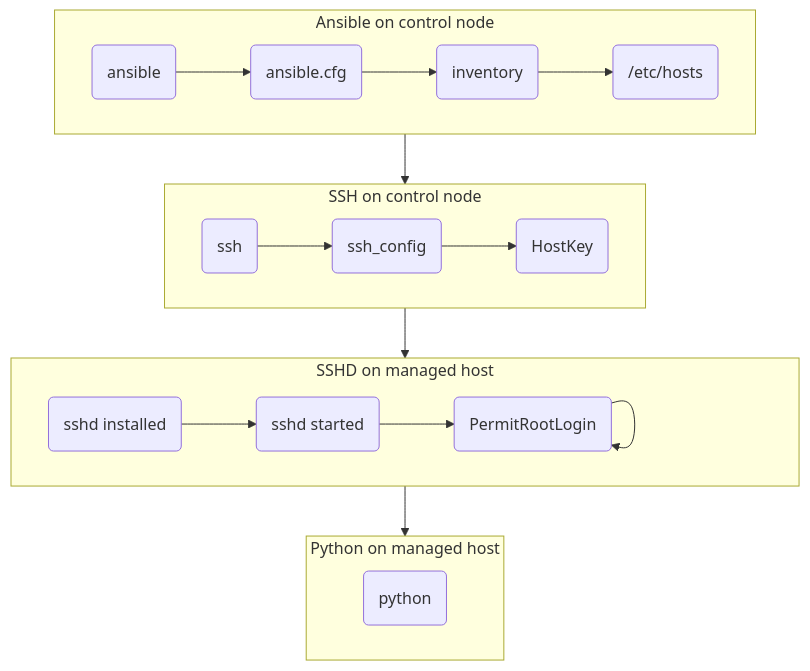
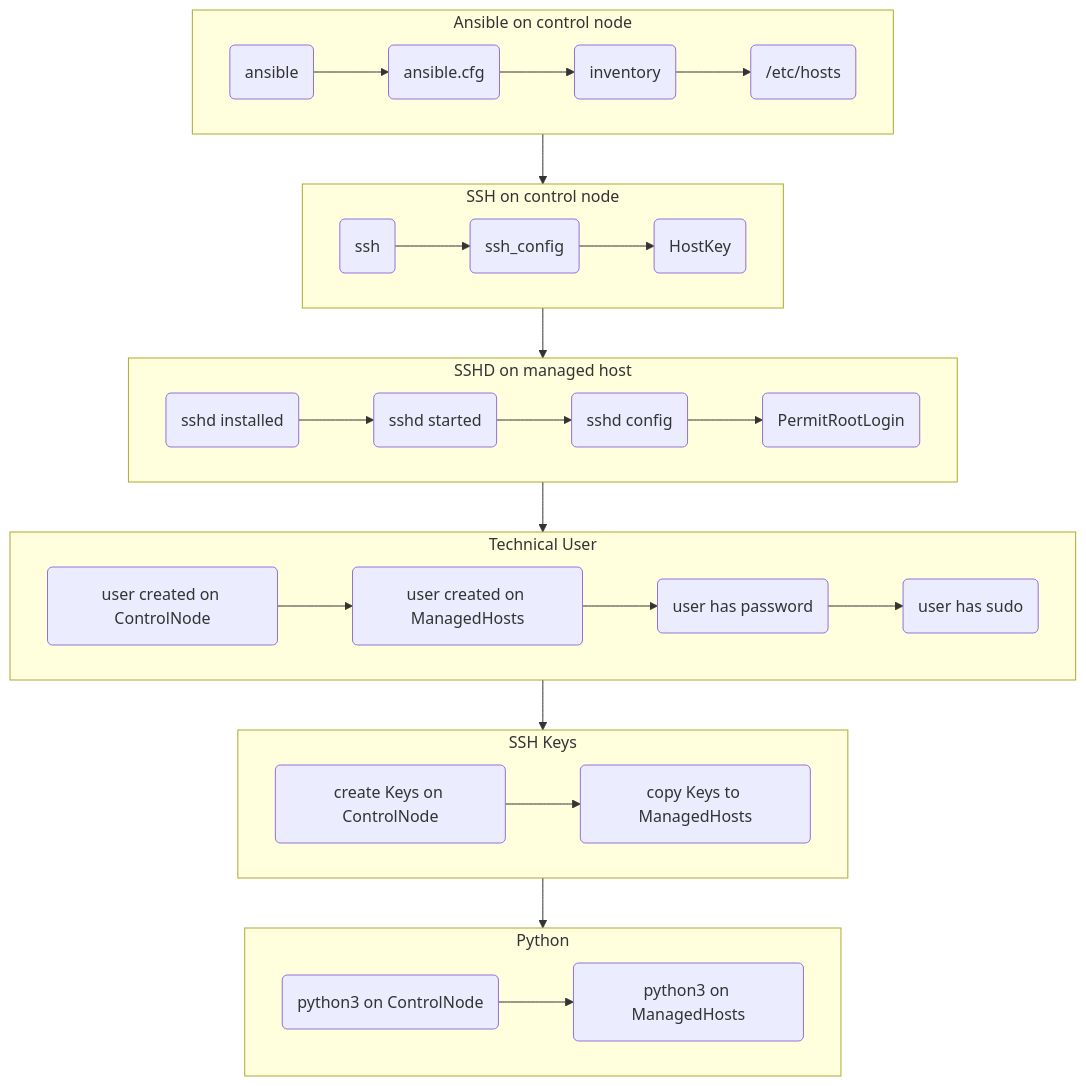
One commit to csurgay/ansible-training changed the diagram in lessons/02_TroubleshootConfig/README.md. Above: the diagram before and after it, drawn with Mermaid.

````diff
--- a/lessons/02_TroubleshootConfig/README.md
+++ b/lessons/02_TroubleshootConfig/README.md
@@ -15,22 +15,32 @@
 ```mermaid
 flowchart TD
   subgraph id1[Ansible on control node]
     direction LR
     id11(ansible) --> id12(ansible.cfg) --> id13(inventory) --> id14(/etc/hosts)
   end
   subgraph id2[SSH on control node]
     direction LR
     id21(ssh) --> id22(ssh_config) --> id23(HostKey)
   end
   subgraph id3[SSHD on managed host]
     direction LR
-    id31(sshd installed) --> id32(sshd started) --> id33(sshd config) --> id33(PermitRootLogin)
+    id31(sshd installed) --> id32(sshd started) --> id33(sshd config) --> id34(PermitRootLogin)
   end
-  subgraph id4[Python on managed host]
+  subgraph id4[Technical User]
     direction LR
-    id41(python)
+    id41(user created on ControlNode) --> id42(user created on ManagedHosts) --> id43(user has password) --> id44(user has sudo)
+  end
+  subgraph id5[SSH Keys]
+    direction LR
+    id51(create Keys on ControlNode) --> id52(copy Keys to ManagedHosts)
+  end
+  subgraph id6[Python]
+    direction LR
+    id61(python3 on ControlNode) --> id62(python3 on ManagedHosts)
   end
   id1 --> id2
   id2 --> id3
   id3 --> id4
+  id4 --> id5
+  id5 --> id6
 ```
````
